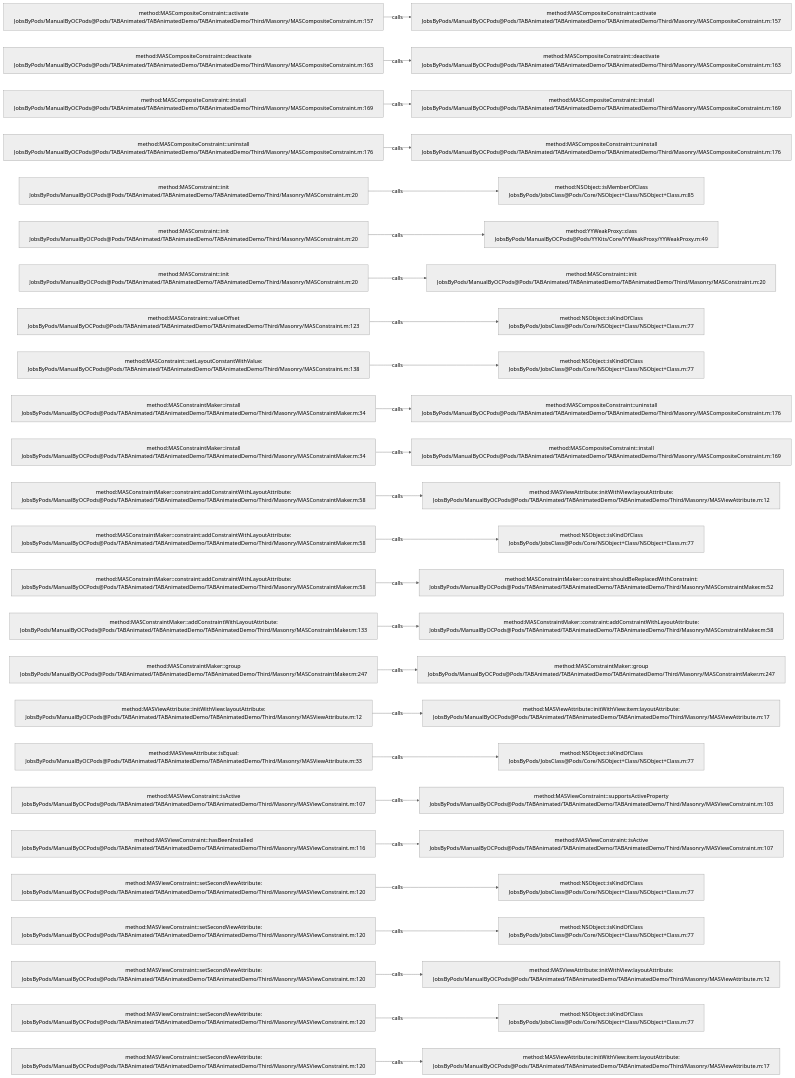
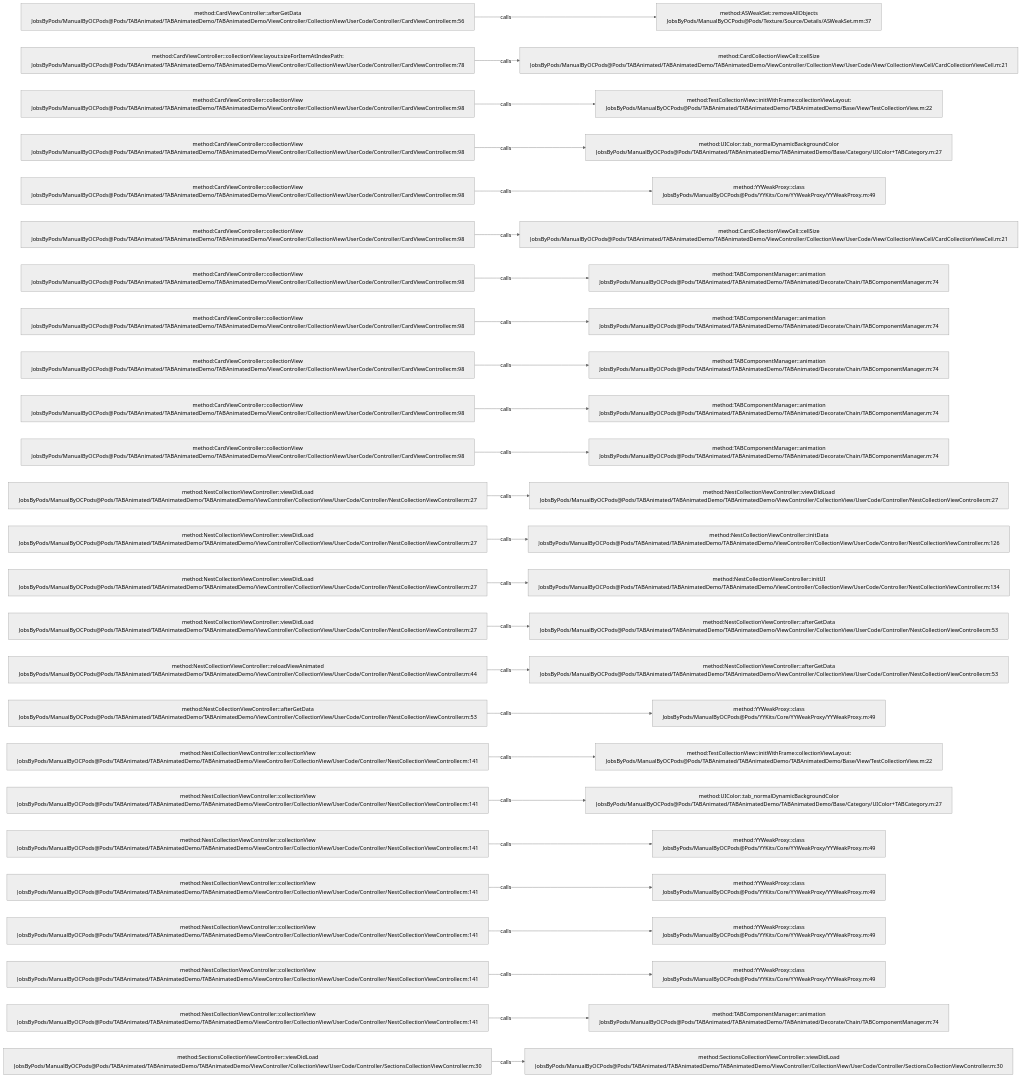
Before and after one commit to JobsKits/JobsOCBaseConfigDemo: the diagram in .codegraph/codegraph.md/graphs/calls-042.md, drawn with Mermaid (neutral theme). The commit also changed 1448 other files, not shown here.

````diff
--- a/.codegraph/codegraph.md/graphs/calls-042.md
+++ b/.codegraph/codegraph.md/graphs/calls-042.md
@@ -13,78 +13,78 @@
 ```mermaid
 flowchart LR
-  S1["method:MASCompositeConstraint::activate<br/>JobsByPods/ManualByOCPods@Pods/TABAnimated/TABAnimatedDemo/TABAnimatedDemo/Third/Masonry/MASCompositeConstraint.m:157"]
-  T1["method:MASCompositeConstraint::activate<br/>JobsByPods/ManualByOCPods@Pods/TABAnimated/TABAnimatedDemo/TABAnimatedDemo/Third/Masonry/MASCompositeConstraint.m:157"]
+  S1["method:CardViewController::afterGetData<br/>JobsByPods/ManualByOCPods@Pods/TABAnimated/TABAnimatedDemo/TABAnimatedDemo/ViewController/CollectionView/UserCode/Controller/CardViewController.m:56"]
+  T1["method:ASWeakSet::removeAllObjects<br/>JobsByPods/ManualByOCPods@Pods/Texture/Source/Details/ASWeakSet.mm:37"]
   S1 -->|calls| T1
-  S2["method:MASCompositeConstraint::deactivate<br/>JobsByPods/ManualByOCPods@Pods/TABAnimated/TABAnimatedDemo/TABAnimatedDemo/Third/Masonry/MASCompositeConstraint.m:163"]
-  T2["method:MASCompositeConstraint::deactivate<br/>JobsByPods/ManualByOCPods@Pods/TABAnimated/TABAnimatedDemo/TABAnimatedDemo/Third/Masonry/MASCompositeConstraint.m:163"]
+  S2["method:CardViewController::collectionView:layout:sizeForItemAtIndexPath:<br/>JobsByPods/ManualByOCPods@Pods/TABAnimated/TABAnimatedDemo/TABAnimatedDemo/ViewController/CollectionView/UserCode/Controller/CardViewController.m:78"]
+  T2["method:CardCollectionViewCell::cellSize<br/>JobsByPods/ManualByOCPods@Pods/TABAnimated/TABAnimatedDemo/TABAnimatedDemo/ViewController/CollectionView/UserCode/View/CollectionViewCell/CardCollectionViewCell.m:21"]
   S2 -->|calls| T2
-  S3["method:MASCompositeConstraint::install<br/>JobsByPods/ManualByOCPods@Pods/TABAnimated/TABAnimatedDemo/TABAnimatedDemo/Third/Masonry/MASCompositeConstraint.m:169"]
-  T3["method:MASCompositeConstraint::install<br/>JobsByPods/ManualByOCPods@Pods/TABAnimated/TABAnimatedDemo/TABAnimatedDemo/Third/Masonry/MASCompositeConstraint.m:169"]
+  S3["method:CardViewController::collectionView<br/>JobsByPods/ManualByOCPods@Pods/TABAnimated/TABAnimatedDemo/TABAnimatedDemo/ViewController/CollectionView/UserCode/Controller/CardViewController.m:98"]
+  T3["method:TestCollectionView::initWithFrame:collectionViewLayout:<br/>JobsByPods/ManualByOCPods@Pods/TABAnimated/TABAnimatedDemo/TABAnimatedDemo/Base/View/TestCollectionView.m:22"]
   S3 -->|calls| T3
-  S4["method:MASCompositeConstraint::uninstall<br/>JobsByPods/ManualByOCPods@Pods/TABAnimated/TABAnimatedDemo/TABAnimatedDemo/Third/Masonry/MASCompositeConstraint.m:176"]
-  T4["method:MASCompositeConstraint::uninstall<br/>JobsByPods/ManualByOCPods@Pods/TABAnimated/TABAnimatedDemo/TABAnimatedDemo/Third/Masonry/MASCompositeConstraint.m:176"]
+  S4["method:CardViewController::collectionView<br/>JobsByPods/ManualByOCPods@Pods/TABAnimated/TABAnimatedDemo/TABAnimatedDemo/ViewController/CollectionView/UserCode/Controller/CardViewController.m:98"]
+  T4["method:UIColor::tab_normalDynamicBackgroundColor<br/>JobsByPods/ManualByOCPods@Pods/TABAnimated/TABAnimatedDemo/TABAnimatedDemo/Base/Category/UIColor+TABCategory.m:27"]
   S4 -->|calls| T4
-  S5["method:MASConstraint::init<br/>JobsByPods/ManualByOCPods@Pods/TABAnimated/TABAnimatedDemo/TABAnimatedDemo/Third/Masonry/MASConstraint.m:20"]
-  T5["method:NSObject::isMemberOfClass<br/>JobsByPods/JobsClass@Pods/Core/NSObject+Class/NSObject+Class.m:85"]
+  S5["method:CardViewController::collectionView<br/>JobsByPods/ManualByOCPods@Pods/TABAnimated/TABAnimatedDemo/TABAnimatedDemo/ViewController/CollectionView/UserCode/Controller/CardViewController.m:98"]
+  T5["method:YYWeakProxy::class<br/>JobsByPods/ManualByOCPods@Pods/YYKits/Core/YYWeakProxy/YYWeakProxy.m:49"]
   S5 -->|calls| T5
-  S6["method:MASConstraint::init<br/>JobsByPods/ManualByOCPods@Pods/TABAnimated/TABAnimatedDemo/TABAnimatedDemo/Third/Masonry/MASConstraint.m:20"]
-  T6["method:YYWeakProxy::class<br/>JobsByPods/ManualByOCPods@Pods/YYKits/Core/YYWeakProxy/YYWeakProxy.m:49"]
+  S6["method:CardViewController::collectionView<br/>JobsByPods/ManualByOCPods@Pods/TABAnimated/TABAnimatedDemo/TABAnimatedDemo/ViewController/CollectionView/UserCode/Controller/CardViewController.m:98"]
+  T6["method:CardCollectionViewCell::cellSize<br/>JobsByPods/ManualByOCPods@Pods/TABAnimated/TABAnimatedDemo/TABAnimatedDemo/ViewController/CollectionView/UserCode/View/CollectionViewCell/CardCollectionViewCell.m:21"]
   S6 -->|calls| T6
-  S7["method:MASConstraint::init<br/>JobsByPods/ManualByOCPods@Pods/TABAnimated/TABAnimatedDemo/TABAnimatedDemo/Third/Masonry/MASConstraint.m:20"]
-  T7["method:MASConstraint::init<br/>JobsByPods/ManualByOCPods@Pods/TABAnimated/TABAnimatedDemo/TABAnimatedDemo/Third/Masonry/MASConstraint.m:20"]
+  S7["method:CardViewController::collectionView<br/>JobsByPods/ManualByOCPods@Pods/TABAnimated/TABAnimatedDemo/TABAnimatedDemo/ViewController/CollectionView/UserCode/Controller/CardViewController.m:98"]
+  T7["method:TABComponentManager::animation<br/>JobsByPods/ManualByOCPods@Pods/TABAnimated/TABAnimatedDemo/TABAnimated/Decorate/Chain/TABComponentManager.m:74"]
   S7 -->|calls| T7
-  S8["method:MASConstraint::valueOffset<br/>JobsByPods/ManualByOCPods@Pods/TABAnimated/TABAnimatedDemo/TABAnimatedDemo/Third/Masonry/MASConstraint.m:123"]
-  T8["method:NSObject::isKindOfClass<br/>JobsByPods/JobsClass@Pods/Core/NSObject+Class/NSObject+Class.m:77"]
+  S8["method:CardViewController::collectionView<br/>JobsByPods/ManualByOCPods@Pods/TABAnimated/TABAnimatedDemo/TABAnimatedDemo/ViewController/CollectionView/UserCode/Controller/CardViewController.m:98"]
+  T8["method:TABComponentManager::animation<br/>JobsByPods/ManualByOCPods@Pods/TABAnimated/TABAnimatedDemo/TABAnimated/Decorate/Chain/TABComponentManager.m:74"]
   S8 -->|calls| T8
-  S9["method:MASConstraint::setLayoutConstantWithValue:<br/>JobsByPods/ManualByOCPods@Pods/TABAnimated/TABAnimatedDemo/TABAnimatedDemo/Third/Masonry/MASConstraint.m:138"]
-  T9["method:NSObject::isKindOfClass<br/>JobsByPods/JobsClass@Pods/Core/NSObject+Class/NSObject+Class.m:77"]
+  S9["method:CardViewController::collectionView<br/>JobsByPods/ManualByOCPods@Pods/TABAnimated/TABAnimatedDemo/TABAnimatedDemo/ViewController/CollectionView/UserCode/Controller/CardViewController.m:98"]
+  T9["method:TABComponentManager::animation<br/>JobsByPods/ManualByOCPods@Pods/TABAnimated/TABAnimatedDemo/TABAnimated/Decorate/Chain/TABComponentManager.m:74"]
   S9 -->|calls| T9
-  S10["method:MASConstraintMaker::install<br/>JobsByPods/ManualByOCPods@Pods/TABAnimated/TABAnimatedDemo/TABAnimatedDemo/Third/Masonry/MASConstraintMaker.m:34"]
-  T10["method:MASCompositeConstraint::uninstall<br/>JobsByPods/ManualByOCPods@Pods/TABAnimated/TABAnimatedDemo/TABAnimatedDemo/Third/Masonry/MASCompositeConstraint.m:176"]
+  S10["method:CardViewController::collectionView<br/>JobsByPods/ManualByOCPods@Pods/TABAnimated/TABAnimatedDemo/TABAnimatedDemo/ViewController/CollectionView/UserCode/Controller/CardViewController.m:98"]
+  T10["method:TABComponentManager::animation<br/>JobsByPods/ManualByOCPods@Pods/TABAnimated/TABAnimatedDemo/TABAnimated/Decorate/Chain/TABComponentManager.m:74"]
   S10 -->|calls| T10
-  S11["method:MASConstraintMaker::install<br/>JobsByPods/ManualByOCPods@Pods/TABAnimated/TABAnimatedDemo/TABAnimatedDemo/Third/Masonry/MASConstraintMaker.m:34"]
-  T11["method:MASCompositeConstraint::install<br/>JobsByPods/ManualByOCPods@Pods/TABAnimated/TABAnimatedDemo/TABAnimatedDemo/Third/Masonry/MASCompositeConstraint.m:169"]
+  S11["method:CardViewController::collectionView<br/>JobsByPods/ManualByOCPods@Pods/TABAnimated/TABAnimatedDemo/TABAnimatedDemo/ViewController/CollectionView/UserCode/Controller/CardViewController.m:98"]
+  T11["method:TABComponentManager::animation<br/>JobsByPods/ManualByOCPods@Pods/TABAnimated/TABAnimatedDemo/TABAnimated/Decorate/Chain/TABComponentManager.m:74"]
   S11 -->|calls| T11
-  S12["method:MASConstraintMaker::constraint:addConstraintWithLayoutAttribute:<br/>JobsByPods/ManualByOCPods@Pods/TABAnimated/TABAnimatedDemo/TABAnimatedDemo/Third/Masonry/MASConstraintMaker.m:58"]
-  T12["method:MASViewAttribute::initWithView:layoutAttribute:<br/>JobsByPods/ManualByOCPods@Pods/TABAnimated/TABAnimatedDemo/TABAnimatedDemo/Third/Masonry/MASViewAttribute.m:12"]
+  S12["method:NestCollectionViewController::viewDidLoad<br/>JobsByPods/ManualByOCPods@Pods/TABAnimated/TABAnimatedDemo/TABAnimatedDemo/ViewController/CollectionView/UserCode/Controller/NestCollectionViewController.m:27"]
+  T12["method:NestCollectionViewController::viewDidLoad<br/>JobsByPods/ManualByOCPods@Pods/TABAnimated/TABAnimatedDemo/TABAnimatedDemo/ViewController/CollectionView/UserCode/Controller/NestCollectionViewController.m:27"]
   S12 -->|calls| T12
-  S13["method:MASConstraintMaker::constraint:addConstraintWithLayoutAttribute:<br/>JobsByPods/ManualByOCPods@Pods/TABAnimated/TABAnimatedDemo/TABAnimatedDemo/Third/Masonry/MASConstraintMaker.m:58"]
-  T13["method:NSObject::isKindOfClass<br/>JobsByPods/JobsClass@Pods/Core/NSObject+Class/NSObject+Class.m:77"]
+  S13["method:NestCollectionViewController::viewDidLoad<br/>JobsByPods/ManualByOCPods@Pods/TABAnimated/TABAnimatedDemo/TABAnimatedDemo/ViewController/CollectionView/UserCode/Controller/NestCollectionViewController.m:27"]
+  T13["method:NestCollectionViewController::initData<br/>JobsByPods/ManualByOCPods@Pods/TABAnimated/TABAnimatedDemo/TABAnimatedDemo/ViewController/CollectionView/UserCode/Controller/NestCollectionViewController.m:126"]
   S13 -->|calls| T13
-  S14["method:MASConstraintMaker::constraint:addConstraintWithLayoutAttribute:<br/>JobsByPods/ManualByOCPods@Pods/TABAnimated/TABAnimatedDemo/TABAnimatedDemo/Third/Masonry/MASConstraintMaker.m:58"]
-  T14["method:MASConstraintMaker::constraint:shouldBeReplacedWithConstraint:<br/>JobsByPods/ManualByOCPods@Pods/TABAnimated/TABAnimatedDemo/TABAnimatedDemo/Third/Masonry/MASConstraintMaker.m:52"]
+  S14["method:NestCollectionViewController::viewDidLoad<br/>JobsByPods/ManualByOCPods@Pods/TABAnimated/TABAnimatedDemo/TABAnimatedDemo/ViewController/CollectionView/UserCode/Controller/NestCollectionViewController.m:27"]
+  T14["method:NestCollectionViewController::initUI<br/>JobsByPods/ManualByOCPods@Pods/TABAnimated/TABAnimatedDemo/TABAnimatedDemo/ViewController/CollectionView/UserCode/Controller/NestCollectionViewController.m:134"]
   S14 -->|calls| T14
-  S15["method:MASConstraintMaker::addConstraintWithLayoutAttribute:<br/>JobsByPods/ManualByOCPods@Pods/TABAnimated/TABAnimatedDemo/TABAnimatedDemo/Third/Masonry/MASConstraintMaker.m:133"]
-  T15["method:MASConstraintMaker::constraint:addConstraintWithLayoutAttribute:<br/>JobsByPods/ManualByOCPods@Pods/TABAnimated/TABAnimatedDemo/TABAnimatedDemo/Third/Masonry/MASConstraintMaker.m:58"]
+  S15["method:NestCollectionViewController::viewDidLoad<br/>JobsByPods/ManualByOCPods@Pods/TABAnimated/TABAnimatedDemo/TABAnimatedDemo/ViewController/CollectionView/UserCode/Controller/NestCollectionViewController.m:27"]
+  T15["method:NestCollectionViewController::afterGetData<br/>JobsByPods/ManualByOCPods@Pods/TABAnimated/TABAnimatedDemo/TABAnimatedDemo/ViewController/CollectionView/UserCode/Controller/NestCollectionViewController.m:53"]
   S15 -->|calls| T15
-  S16["method:MASConstraintMaker::group<br/>JobsByPods/ManualByOCPods@Pods/TABAnimated/TABAnimatedDemo/TABAnimatedDemo/Third/Masonry/MASConstraintMaker.m:247"]
-  T16["method:MASConstraintMaker::group<br/>JobsByPods/ManualByOCPods@Pods/TABAnimated/TABAnimatedDemo/TABAnimatedDemo/Third/Masonry/MASConstraintMaker.m:247"]
+  S16["method:NestCollectionViewController::reloadViewAnimated<br/>JobsByPods/ManualByOCPods@Pods/TABAnimated/TABAnimatedDemo/TABAnimatedDemo/ViewController/CollectionView/UserCode/Controller/NestCollectionViewController.m:44"]
+  T16["method:NestCollectionViewController::afterGetData<br/>JobsByPods/ManualByOCPods@Pods/TABAnimated/TABAnimatedDemo/TABAnimatedDemo/ViewController/CollectionView/UserCode/Controller/NestCollectionViewController.m:53"]
   S16 -->|calls| T16
-  S17["method:MASViewAttribute::initWithView:layoutAttribute:<br/>JobsByPods/ManualByOCPods@Pods/TABAnimated/TABAnimatedDemo/TABAnimatedDemo/Third/Masonry/MASViewAttribute.m:12"]
-  T17["method:MASViewAttribute::initWithView:item:layoutAttribute:<br/>JobsByPods/ManualByOCPods@Pods/TABAnimated/TABAnimatedDemo/TABAnimatedDemo/Third/Masonry/MASViewAttribute.m:17"]
+  S17["method:NestCollectionViewController::afterGetData<br/>JobsByPods/ManualByOCPods@Pods/TABAnimated/TABAnimatedDemo/TABAnimatedDemo/ViewController/CollectionView/UserCode/Controller/NestCollectionViewController.m:53"]
+  T17["method:YYWeakProxy::class<br/>JobsByPods/ManualByOCPods@Pods/YYKits/Core/YYWeakProxy/YYWeakProxy.m:49"]
   S17 -->|calls| T17
-  S18["method:MASViewAttribute::isEqual:<br/>JobsByPods/ManualByOCPods@Pods/TABAnimated/TABAnimatedDemo/TABAnimatedDemo/Third/Masonry/MASViewAttribute.m:33"]
-  T18["method:NSObject::isKindOfClass<br/>JobsByPods/JobsClass@Pods/Core/NSObject+Class/NSObject+Class.m:77"]
+  S18["method:NestCollectionViewController::collectionView<br/>JobsByPods/ManualByOCPods@Pods/TABAnimated/TABAnimatedDemo/TABAnimatedDemo/ViewController/CollectionView/UserCode/Controller/NestCollectionViewController.m:141"]
+  T18["method:TestCollectionView::initWithFrame:collectionViewLayout:<br/>JobsByPods/ManualByOCPods@Pods/TABAnimated/TABAnimatedDemo/TABAnimatedDemo/Base/View/TestCollectionView.m:22"]
   S18 -->|calls| T18
-  S19["method:MASViewConstraint::isActive<br/>JobsByPods/ManualByOCPods@Pods/TABAnimated/TABAnimatedDemo/TABAnimatedDemo/Third/Masonry/MASViewConstraint.m:107"]
-  T19["method:MASViewConstraint::supportsActiveProperty<br/>JobsByPods/ManualByOCPods@Pods/TABAnimated/TABAnimatedDemo/TABAnimatedDemo/Third/Masonry/MASViewConstraint.m:103"]
+  S19["method:NestCollectionViewController::collectionView<br/>JobsByPods/ManualByOCPods@Pods/TABAnimated/TABAnimatedDemo/TABAnimatedDemo/ViewController/CollectionView/UserCode/Controller/NestCollectionViewController.m:141"]
+  T19["method:UIColor::tab_normalDynamicBackgroundColor<br/>JobsByPods/ManualByOCPods@Pods/TABAnimated/TABAnimatedDemo/TABAnimatedDemo/Base/Category/UIColor+TABCategory.m:27"]
   S19 -->|calls| T19
-  S20["method:MASViewConstraint::hasBeenInstalled<br/>JobsByPods/ManualByOCPods@Pods/TABAnimated/TABAnimatedDemo/TABAnimatedDemo/Third/Masonry/MASViewConstraint.m:116"]
-  T20["method:MASViewConstraint::isActive<br/>JobsByPods/ManualByOCPods@Pods/TABAnimated/TABAnimatedDemo/TABAnimatedDemo/Third/Masonry/MASViewConstraint.m:107"]
+  S20["method:NestCollectionViewController::collectionView<br/>JobsByPods/ManualByOCPods@Pods/TABAnimated/TABAnimatedDemo/TABAnimatedDemo/ViewController/CollectionView/UserCode/Controller/NestCollectionViewController.m:141"]
+  T20["method:YYWeakProxy::class<br/>JobsByPods/ManualByOCPods@Pods/YYKits/Core/YYWeakProxy/YYWeakProxy.m:49"]
   S20 -->|calls| T20
-  S21["method:MASViewConstraint::setSecondViewAttribute:<br/>JobsByPods/ManualByOCPods@Pods/TABAnimated/TABAnimatedDemo/TABAnimatedDemo/Third/Masonry/MASViewConstraint.m:120"]
-  T21["method:NSObject::isKindOfClass<br/>JobsByPods/JobsClass@Pods/Core/NSObject+Class/NSObject+Class.m:77"]
+  S21["method:NestCollectionViewController::collectionView<br/>JobsByPods/ManualByOCPods@Pods/TABAnimated/TABAnimatedDemo/TABAnimatedDemo/ViewController/CollectionView/UserCode/Controller/NestCollectionViewController.m:141"]
+  T21["method:YYWeakProxy::class<br/>JobsByPods/ManualByOCPods@Pods/YYKits/Core/YYWeakProxy/YYWeakProxy.m:49"]
   S21 -->|calls| T21
-  S22["method:MASViewConstraint::setSecondViewAttribute:<br/>JobsByPods/ManualByOCPods@Pods/TABAnimated/TABAnimatedDemo/TABAnimatedDemo/Third/Masonry/MASViewConstraint.m:120"]
-  T22["method:NSObject::isKindOfClass<br/>JobsByPods/JobsClass@Pods/Core/NSObject+Class/NSObject+Class.m:77"]
+  S22["method:NestCollectionViewController::collectionView<br/>JobsByPods/ManualByOCPods@Pods/TABAnimated/TABAnimatedDemo/TABAnimatedDemo/ViewController/CollectionView/UserCode/Controller/NestCollectionViewController.m:141"]
+  T22["method:YYWeakProxy::class<br/>JobsByPods/ManualByOCPods@Pods/YYKits/Core/YYWeakProxy/YYWeakProxy.m:49"]
   S22 -->|calls| T22
-  S23["method:MASViewConstraint::setSecondViewAttribute:<br/>JobsByPods/ManualByOCPods@Pods/TABAnimated/TABAnimatedDemo/TABAnimatedDemo/Third/Masonry/MASViewConstraint.m:120"]
-  T23["method:MASViewAttribute::initWithView:layoutAttribute:<br/>JobsByPods/ManualByOCPods@Pods/TABAnimated/TABAnimatedDemo/TABAnimatedDemo/Third/Masonry/MASViewAttribute.m:12"]
+  S23["method:NestCollectionViewController::collectionView<br/>JobsByPods/ManualByOCPods@Pods/TABAnimated/TABAnimatedDemo/TABAnimatedDemo/ViewController/CollectionView/UserCode/Controller/NestCollectionViewController.m:141"]
+  T23["method:YYWeakProxy::class<br/>JobsByPods/ManualByOCPods@Pods/YYKits/Core/YYWeakProxy/YYWeakProxy.m:49"]
   S23 -->|calls| T23
-  S24["method:MASViewConstraint::setSecondViewAttribute:<br/>JobsByPods/ManualByOCPods@Pods/TABAnimated/TABAnimatedDemo/TABAnimatedDemo/Third/Masonry/MASViewConstraint.m:120"]
-  T24["method:NSObject::isKindOfClass<br/>JobsByPods/JobsClass@Pods/Core/NSObject+Class/NSObject+Class.m:77"]
+  S24["method:NestCollectionViewController::collectionView<br/>JobsByPods/ManualByOCPods@Pods/TABAnimated/TABAnimatedDemo/TABAnimatedDemo/ViewController/CollectionView/UserCode/Controller/NestCollectionViewController.m:141"]
+  T24["method:TABComponentManager::animation<br/>JobsByPods/ManualByOCPods@Pods/TABAnimated/TABAnimatedDemo/TABAnimated/Decorate/Chain/TABComponentManager.m:74"]
   S24 -->|calls| T24
-  S25["method:MASViewConstraint::setSecondViewAttribute:<br/>JobsByPods/ManualByOCPods@Pods/TABAnimated/TABAnimatedDemo/TABAnimatedDemo/Third/Masonry/MASViewConstraint.m:120"]
-  T25["method:MASViewAttribute::initWithView:item:layoutAttribute:<br/>JobsByPods/ManualByOCPods@Pods/TABAnimated/TABAnimatedDemo/TABAnimatedDemo/Third/Masonry/MASViewAttribute.m:17"]
+  S25["method:SectionsCollectionViewController::viewDidLoad<br/>JobsByPods/ManualByOCPods@Pods/TABAnimated/TABAnimatedDemo/TABAnimatedDemo/ViewController/CollectionView/UserCode/Controller/SectionsCollectionViewController.m:30"]
+  T25["method:SectionsCollectionViewController::viewDidLoad<br/>JobsByPods/ManualByOCPods@Pods/TABAnimated/TABAnimatedDemo/TABAnimatedDemo/ViewController/CollectionView/UserCode/Controller/SectionsCollectionViewController.m:30"]
   S25 -->|calls| T25
 ```
````
